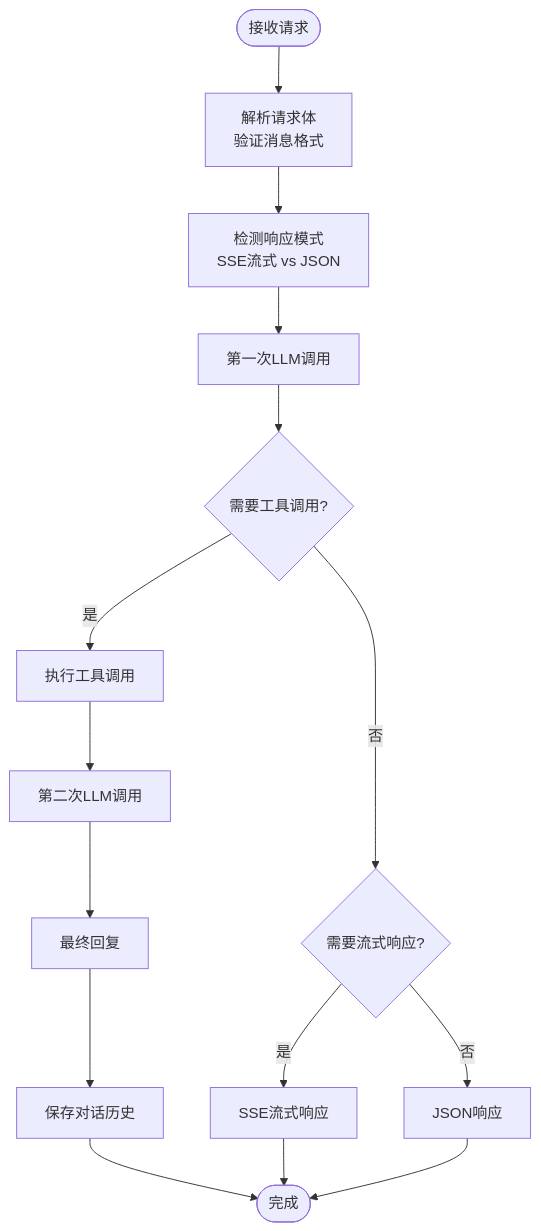
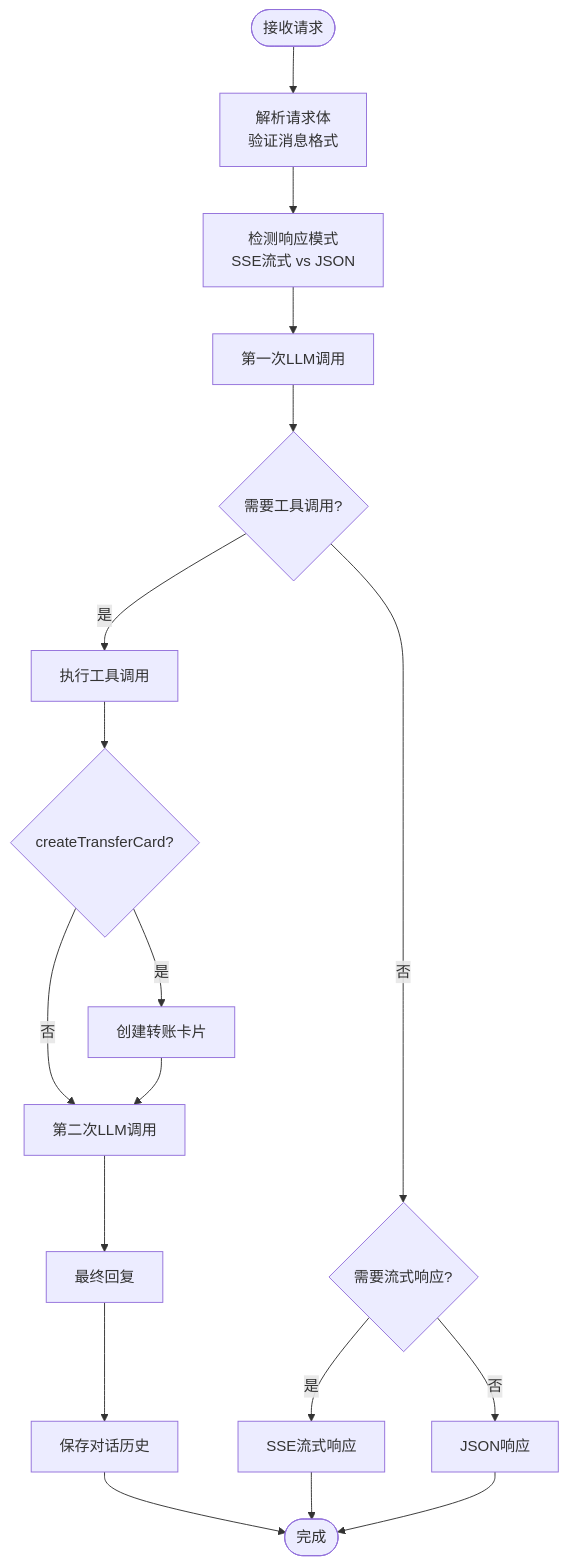
The third of 14 diagrams in .qoder/repowiki/zh/content/核心技能详解/对话持久化系统.md (CryptoLinxu/Web3-AI-Agent), drawn with Mermaid before and after one commit. The commit also changed other lines of this file and 7 other files, not shown here.

Commit message:
eat(transfer-card): 实现 ERC20 approve 完整流程" -m "扩展 ERC20_ABI 增加 allowance 和 approve 新增 useReadContract 检查授权额度 allowance 不足时自动显示授权步骤 approve 成功后自动发起 transfer 新增 approving 状态和授权 UI 按钮 类型 TransferStatus 新增 approving

````diff
--- a/.qoder/repowiki/zh/content/核心技能详解/对话持久化系统.md
+++ b/.qoder/repowiki/zh/content/核心技能详解/对话持久化系统.md
@@ -174,17 +206,20 @@
 ```mermaid
 flowchart TD
 Start([接收请求]) --> Parse["解析请求体<br/>验证消息格式"]
 Parse --> Detect["检测响应模式<br/>SSE流式 vs JSON"]
 Detect --> FirstCall["第一次LLM调用"]
 FirstCall --> NeedTools{"需要工具调用?"}
 NeedTools --> |否| StreamCheck{"需要流式响应?"}
 NeedTools --> |是| ExecuteTools["执行工具调用"]
-ExecuteTools --> SecondCall["第二次LLM调用"]
+ExecuteTools --> CheckTransfer{"createTransferCard?"}
+CheckTransfer --> |是| CreateCard["创建转账卡片"]
+CheckTransfer --> |否| SecondCall["第二次LLM调用"]
+CreateCard --> SecondCall
 StreamCheck --> |是| StreamResponse["SSE流式响应"]
 StreamCheck --> |否| JsonResponse["JSON响应"]
 SecondCall --> FinalResponse["最终回复"]
 FinalResponse --> Save["保存对话历史"]
 Save --> End([完成])
 StreamResponse --> End
 JsonResponse --> End
 ```
````
